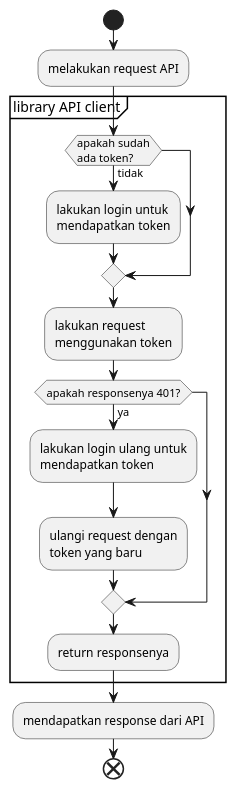
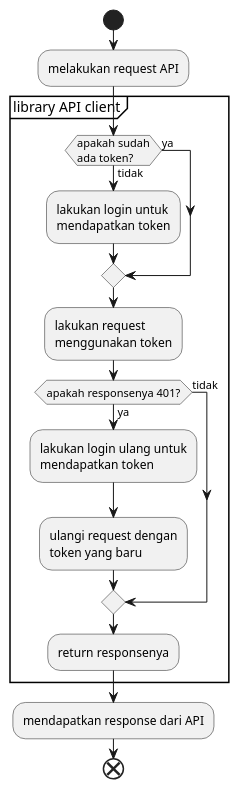
Before and after one commit to clarus-it/http-client: the diagram in docs/proses.wsd, drawn with PlantUML.

Commit message:
update diagram

```diff
--- a/docs/proses.wsd
+++ b/docs/proses.wsd
@@ -1,31 +1,32 @@
 @startuml
 
 start
 
 :melakukan request API;
 
 partition library API client {
     if (apakah sudah\nada token?) then (tidak)
-    :lakukan login untuk
-    mendapatkan token;
+        :lakukan login untuk
+        mendapatkan token;
+    else (ya)
     endif
 
     :lakukan request
     menggunakan token;
 
     if (apakah responsenya 401?) then (ya)
-    :lakukan login ulang untuk
-    mendapatkan token;
-    :ulangi request dengan
-    token yang baru;
+        :lakukan login ulang untuk
+        mendapatkan token;
+        :ulangi request dengan
+        token yang baru;
+    else (tidak)
     endif
 
     :return responsenya;
 }
 
 :mendapatkan response dari API;
 
-
 end
 
 @enduml
```
